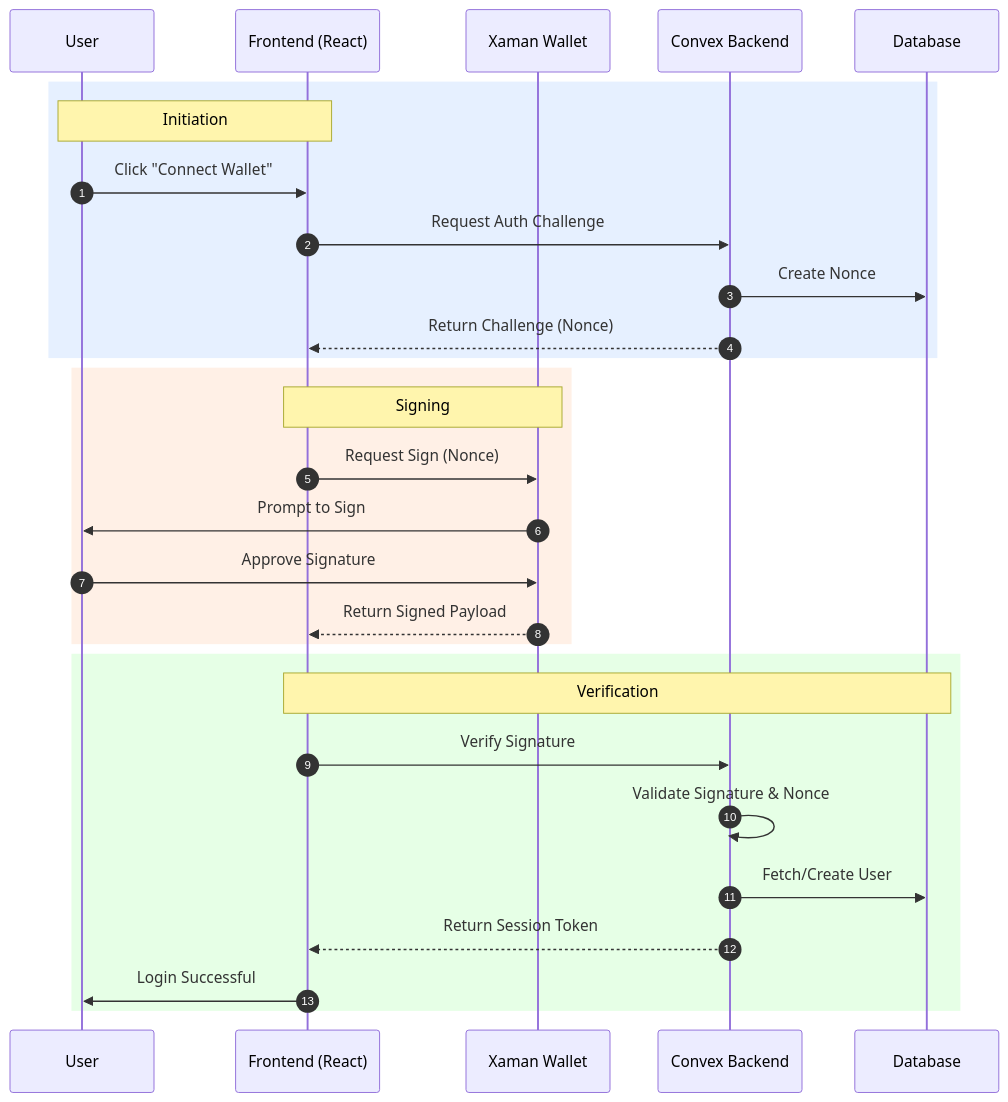
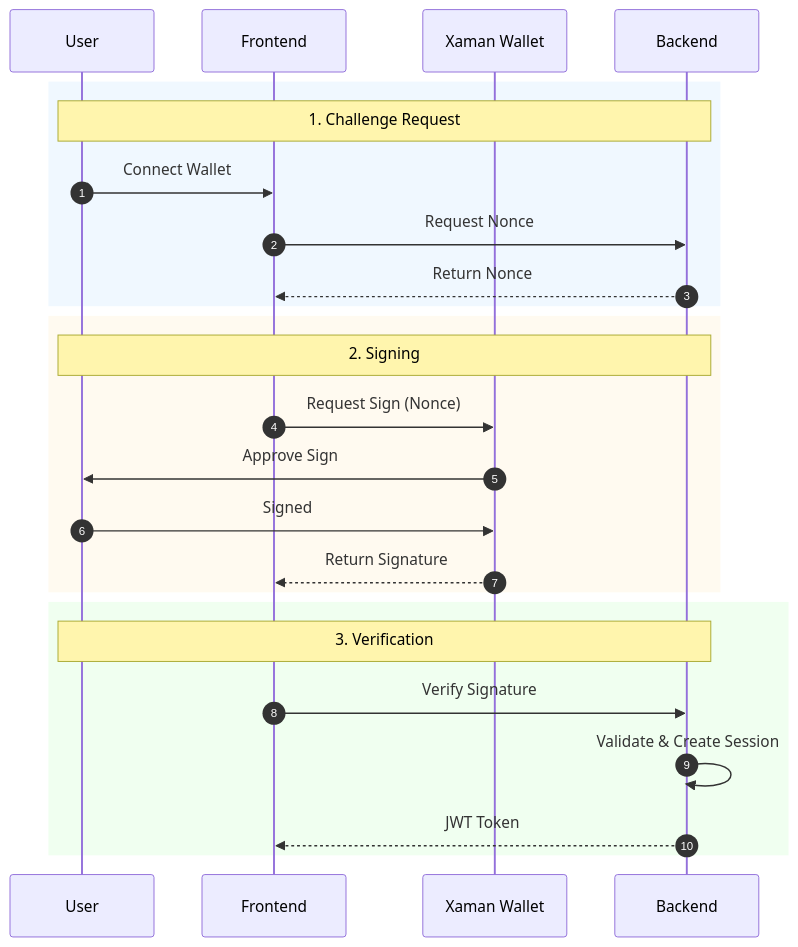
One commit to MrDecryptDecipher/xrpl-institutional-fund-management changed the third of 17 diagrams in README.md. Above: the diagram before and after it, drawn with Mermaid. The commit also changed other lines of this file, not shown here.

Commit message:
docs: final polish of readme with high-contrast diagrams and fixes

````diff
--- a/README.md
+++ b/README.md
@@ -163,34 +137,30 @@
 ```mermaid
 sequenceDiagram
     autonumber
     participant User
-    participant UI as Frontend (React)
+    participant UI as Frontend
     participant Xaman as Xaman Wallet
-    participant API as Convex Backend
-    participant DB as Database
+    participant API as Backend
 
-    rect rgb(230, 240, 255)
-    Note over User, UI: Initiation
-    User->>UI: Click "Connect Wallet"
-    UI->>API: Request Auth Challenge
-    API->>DB: Create Nonce
-    API-->>UI: Return Challenge (Nonce)
+    rect rgb(240, 248, 255)
+    Note over User, API: 1. Challenge Request
+    User->>UI: Connect Wallet
+    UI->>API: Request Nonce
+    API-->>UI: Return Nonce
     end
 
-    rect rgb(255, 240, 230)
-    Note over UI, Xaman: Signing
+    rect rgb(255, 250, 240)
+    Note over User, API: 2. Signing
     UI->>Xaman: Request Sign (Nonce)
-    Xaman->>User: Prompt to Sign
-    User->>Xaman: Approve Signature
-    Xaman-->>UI: Return Signed Payload
+    Xaman->>User: Approve Sign
+    User->>Xaman: Signed
+    Xaman-->>UI: Return Signature
     end
 
-    rect rgb(230, 255, 230)
-    Note over UI, DB: Verification
+    rect rgb(240, 255, 240)
+    Note over User, API: 3. Verification
     UI->>API: Verify Signature
-    API->>API: Validate Signature & Nonce
-    API->>DB: Fetch/Create User
-    API-->>UI: Return Session Token
-    UI->>User: Login Successful
+    API->>API: Validate & Create Session
+    API-->>UI: JWT Token
     end
 ```
````
